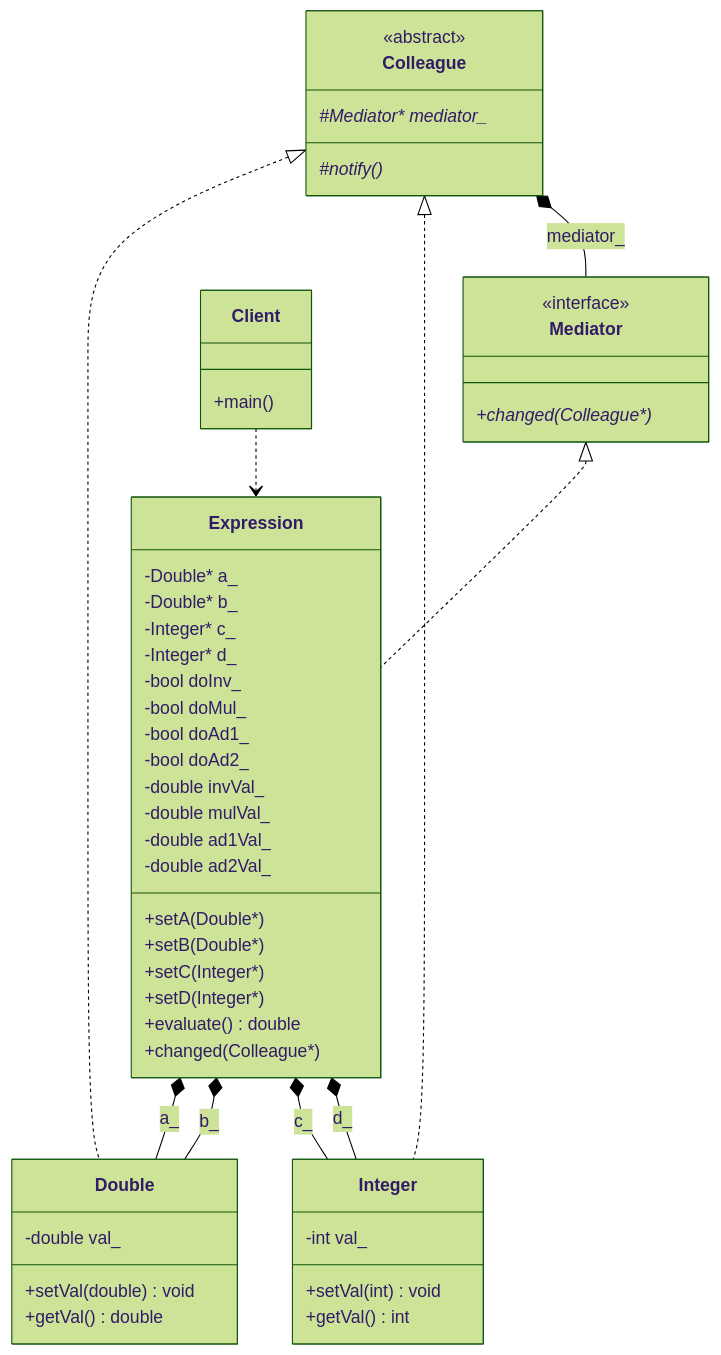
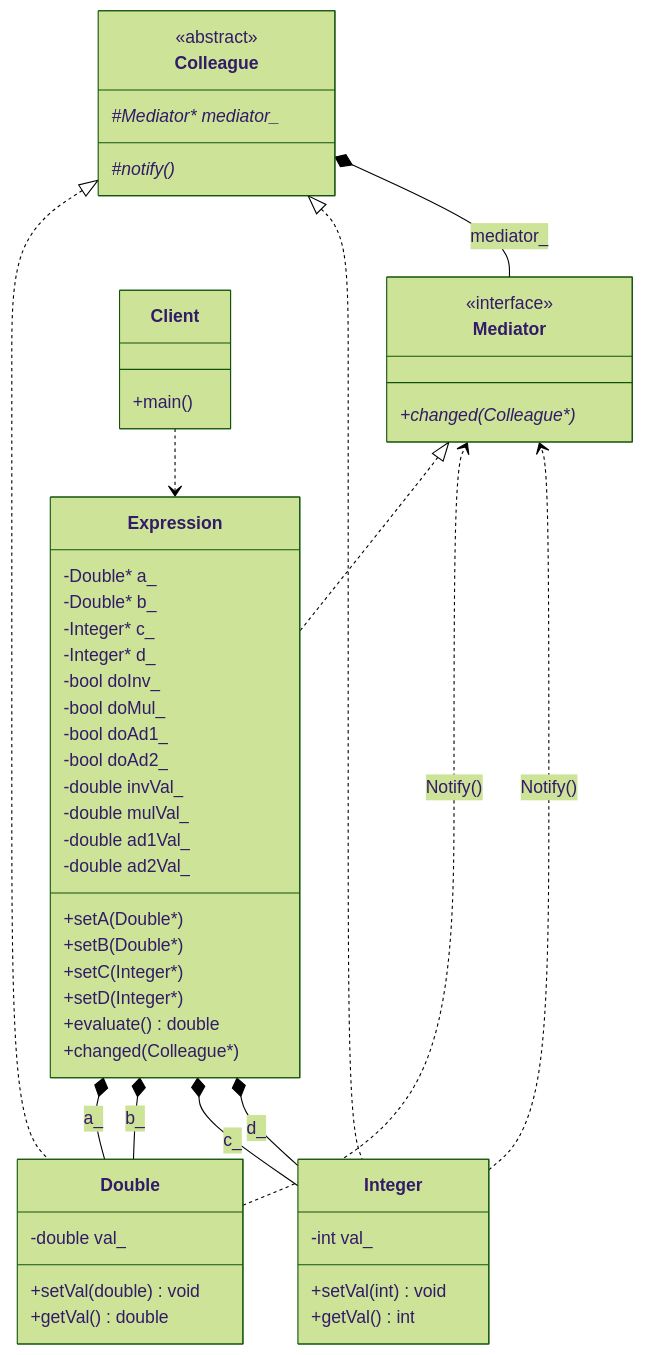
Before and after one commit to Cichlidfishexigency721/Modern-CPP-Design-Patterns: the diagram in 22_Mediator/README.md, drawn with Mermaid (forest theme). The commit also changed 1 other file, not shown here.

Commit message:
Improvement in UML

````diff
--- a/22_Mediator/README.md
+++ b/22_Mediator/README.md
@@ -50,66 +50,69 @@
 ```mermaid
 classDiagram
    class Mediator {
       <<interface>>
       +changed(Colleague*)*
    }
 
    class Colleague {
       <<abstract>>
       #Mediator* mediator_*
       #notify()*
    }
 
    class Double {
       -double val_
       +setVal(double) void
       +getVal() double
    }
 
    class Integer {
       -int val_
       +setVal(int) void
       +getVal() int
    }
 
    class Expression {
       -Double* a_
       -Double* b_
       -Integer* c_
       -Integer* d_
       -bool doInv_
       -bool doMul_
       -bool doAd1_
       -bool doAd2_
       -double invVal_
       -double mulVal_
       -double ad1Val_
       -double ad2Val_
       +setA(Double*)
       +setB(Double*)
       +setC(Integer*)
       +setD(Integer*)
       +evaluate() double
       +changed(Colleague*)
    }
 
    class Client {
       +main()
    }
 
-   %% Inheritance (Is_a) - No numbers
+   %% Inheritance (Implements)
    Mediator <|.. Expression
    Colleague <|.. Double
    Colleague <|.. Integer
 
-   %% Bidirectional Relationship
-   %% Composition (Has_a) - Multiplicity only at the end
+   %% Composition (Has_a)
    Colleague *-- Mediator : mediator_
    Expression *-- Double : a_
    Expression *-- Double : b_
    Expression *-- Integer : c_
    Expression *-- Integer : d_
 
-   %% Dependency - No numbers
+   %% Notify
+   Double ..> Mediator : Notify()
+   Integer ..> Mediator : Notify()
+
+   %% Dependency
    Client ..> Expression
 ```
````
